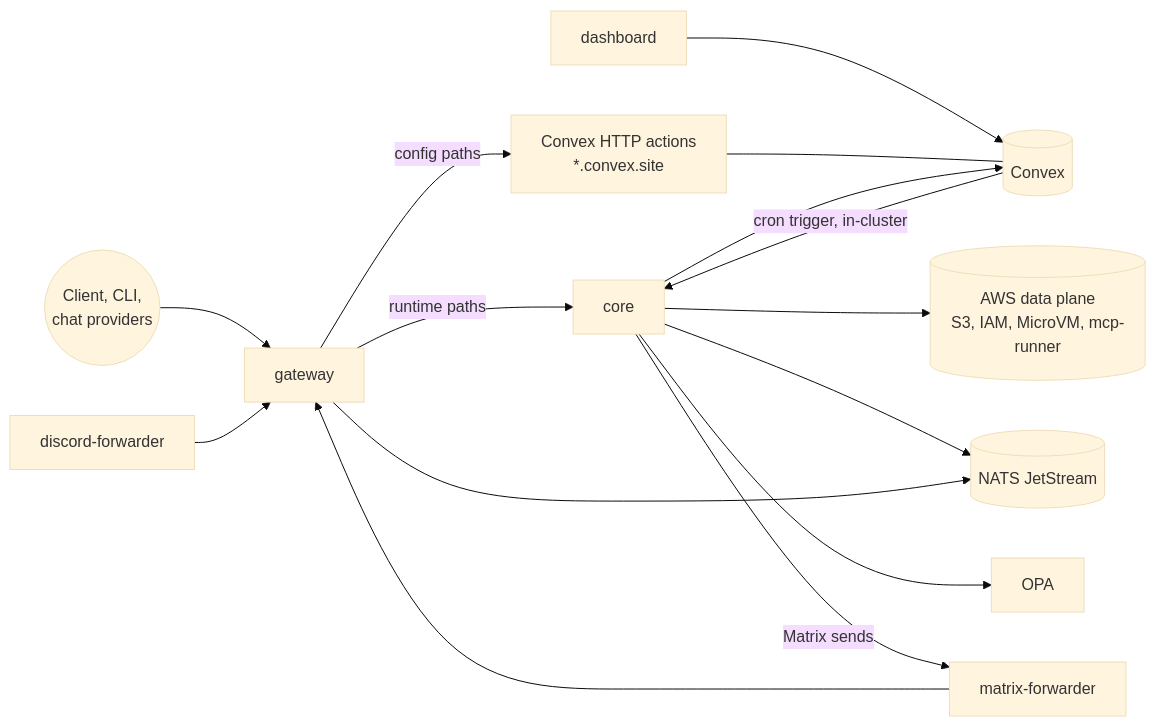
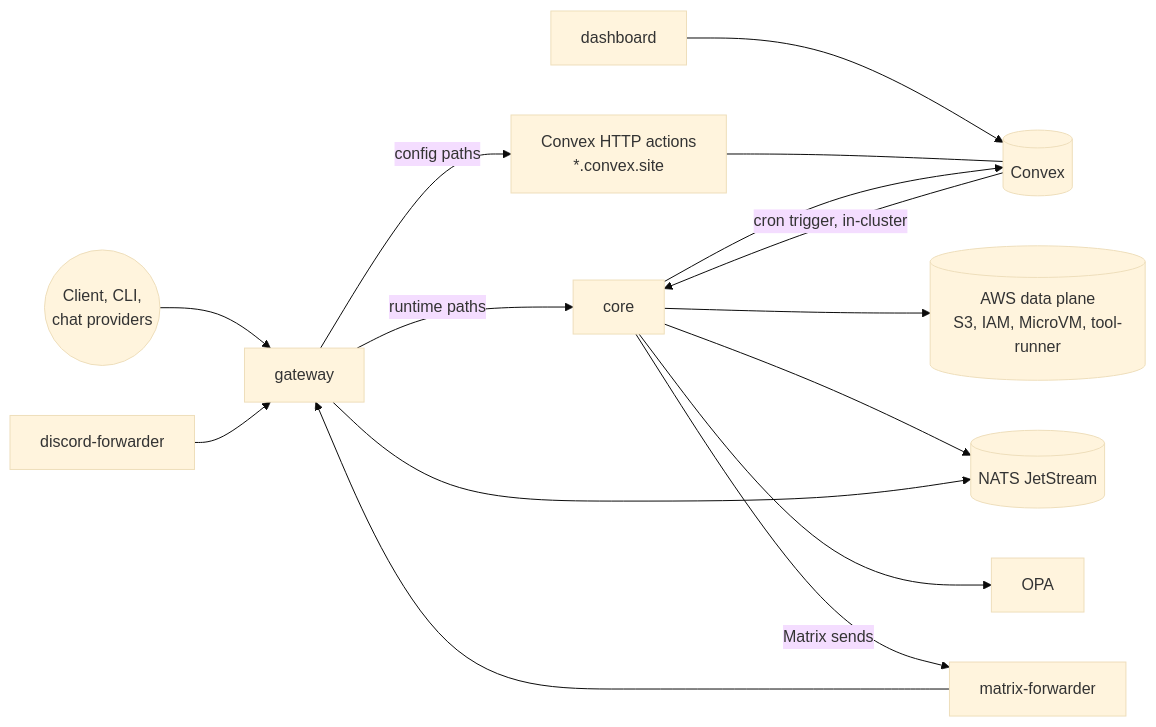
One commit to beeblastco/broods changed the diagram in apps/docs/docs/internals/self-hosting.md. Above: the diagram before and after it, drawn with Mermaid (base theme). The commit also changed other lines of this file and 6 other files, not shown here.

First line of the commit message:
fix(core): make hosted-MCP tenant isolation opt-in until AWS enables it

````diff
--- a/apps/docs/docs/internals/self-hosting.md
+++ b/apps/docs/docs/internals/self-hosting.md
@@ -9,17 +9,17 @@
 ```mermaid
 flowchart LR
   Client((Client, CLI,<br/>chat providers)) --> Gateway[gateway]
   Gateway -->|runtime paths| Core[core]
   Gateway -->|config paths| Site["Convex HTTP actions<br/>*.convex.site"]
   Dashboard[dashboard] --> Convex[(Convex)]
   Site --- Convex
   Core --> Convex
-  Core --> AWS[("AWS data plane<br/>S3, IAM, MicroVM, mcp-runner")]
+  Core --> AWS[("AWS data plane<br/>S3, IAM, MicroVM, tool-runner")]
   Core --> NATS[(NATS JetStream)]
   Core --> OPA[OPA]
   Gateway --> NATS
   DFwd[discord-forwarder] --> Gateway
   MFwd[matrix-forwarder] --> Gateway
   Core -->|Matrix sends| MFwd
   Convex -->|cron trigger, in-cluster| Core
 ```
````
